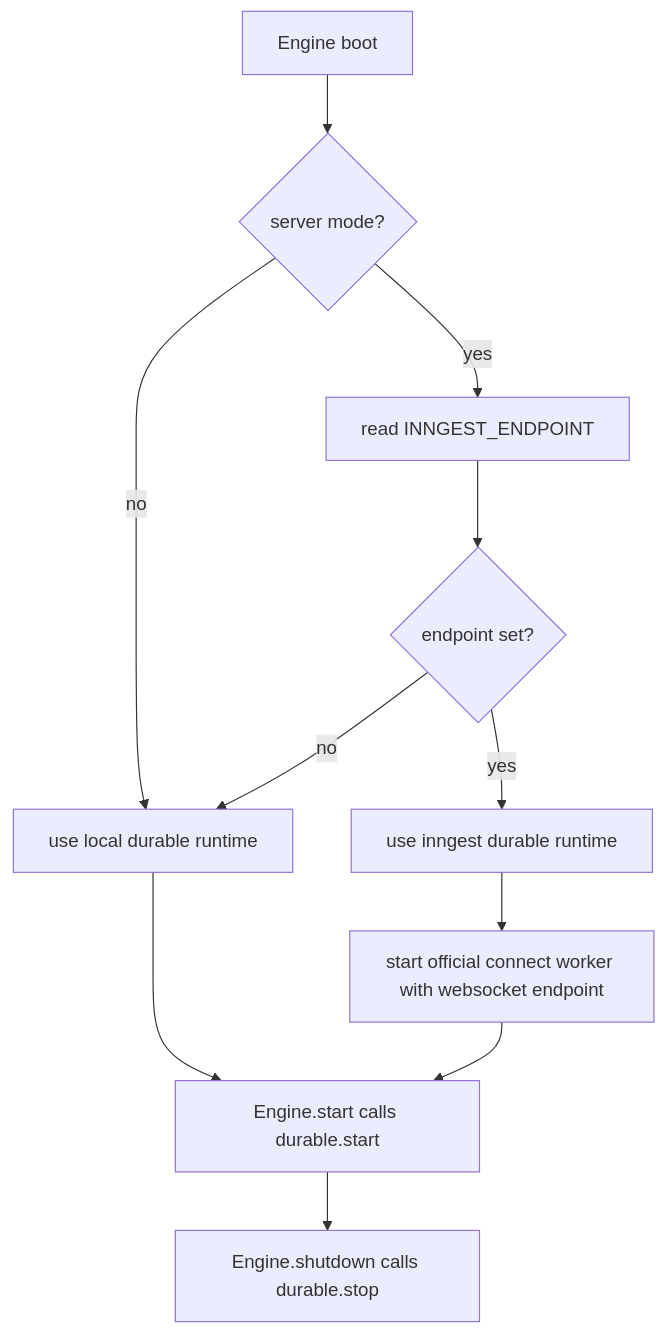
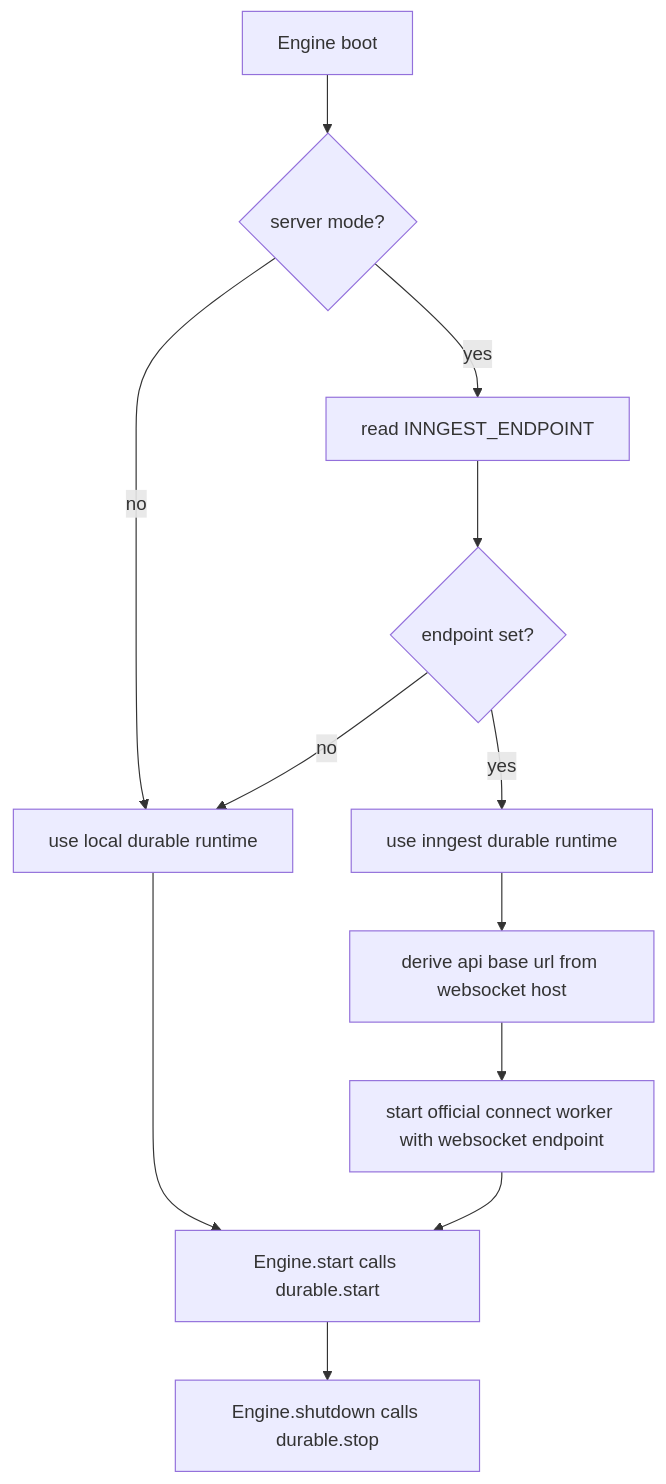
The diagram in doc/20260317-durable-runtime.md (ex3ndr/daycare), drawn with Mermaid before and after one commit. The commit also changed other lines of this file and 3 other files, not shown here.

Commit message:
fix(daycare): derive inngest api endpoint

````diff
--- a/doc/20260317-durable-runtime.md
+++ b/doc/20260317-durable-runtime.md
@@ -13,13 +14,14 @@
 ```mermaid
 flowchart TD
     A[Engine boot] --> B{server mode?}
     B -->|no| C[use local durable runtime]
     B -->|yes| D[read INNGEST_ENDPOINT]
     D --> E{endpoint set?}
     E -->|no| C
     E -->|yes| F[use inngest durable runtime]
-    F --> G[start official connect worker with websocket endpoint]
+    F --> G[derive api base url from websocket host]
+    G --> H[start official connect worker with websocket endpoint]
     C --> I[Engine.start calls durable.start]
-    G --> I
+    H --> I
     I --> J[Engine.shutdown calls durable.stop]
 ```
````
